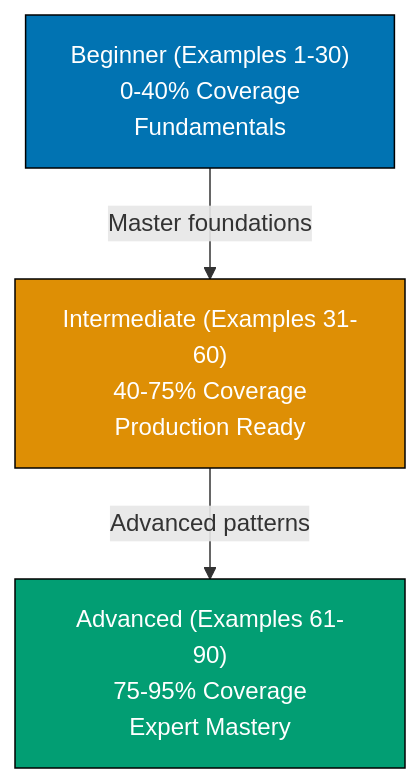
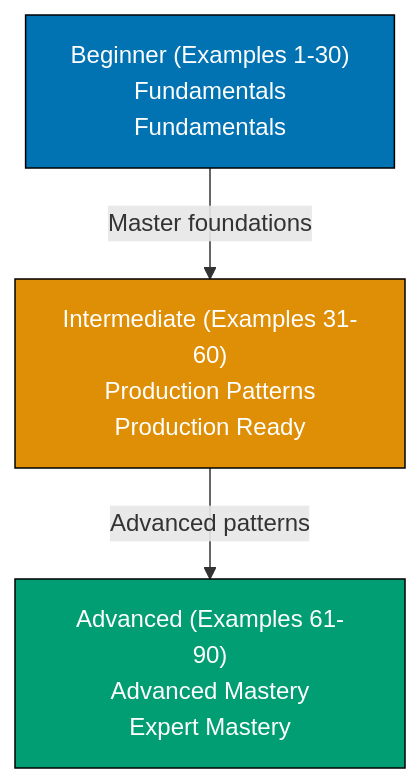
Before and after one commit to wahidyankf/open-sharia-enterprise: the diagram in apps/ayokoding-web/content/en/learn/software-engineering/programming-languages/golang/by-example/overview.md, drawn with Mermaid. The commit also changed other lines of this file and 77 other files, not shown here.

````diff
--- a/apps/ayokoding-web/content/en/learn/software-engineering/programming-languages/golang/by-example/overview.md
+++ b/apps/ayokoding-web/content/en/learn/software-engineering/programming-languages/golang/by-example/overview.md
@@ -29,14 +29,14 @@
 ```mermaid
 %% Color Palette: Blue #0173B2, Orange #DE8F05, Teal #029E73, Purple #CC78BC, Brown #CA9161
 graph TD
-    A["Beginner (Examples 1-30)<br/>0-40% Coverage<br/>Fundamentals"]
-    B["Intermediate (Examples 31-60)<br/>40-75% Coverage<br/>Production Ready"]
-    C["Advanced (Examples 61-90)<br/>75-95% Coverage<br/>Expert Mastery"]
+    A["Beginner (Examples 1-30)<br/>Fundamentals<br/>Fundamentals"]
+    B["Intermediate (Examples 31-60)<br/>Production Patterns<br/>Production Ready"]
+    C["Advanced (Examples 61-90)<br/>Advanced Mastery<br/>Expert Mastery"]
 
     A -->|Master foundations| B
     B -->|Advanced patterns| C
 
     style A fill:#0173B2,stroke:#000,color:#fff
     style B fill:#DE8F05,stroke:#000,color:#fff
     style C fill:#029E73,stroke:#000,color:#fff
 ```
````
